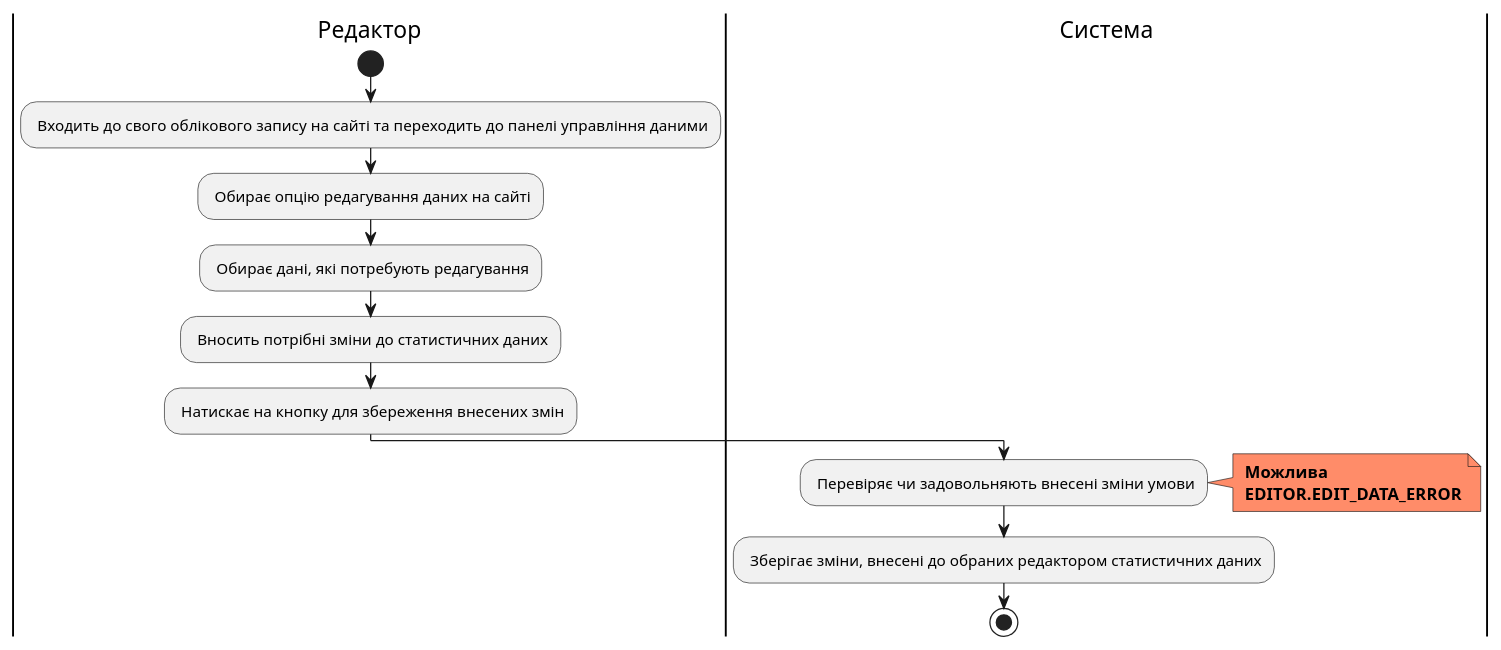
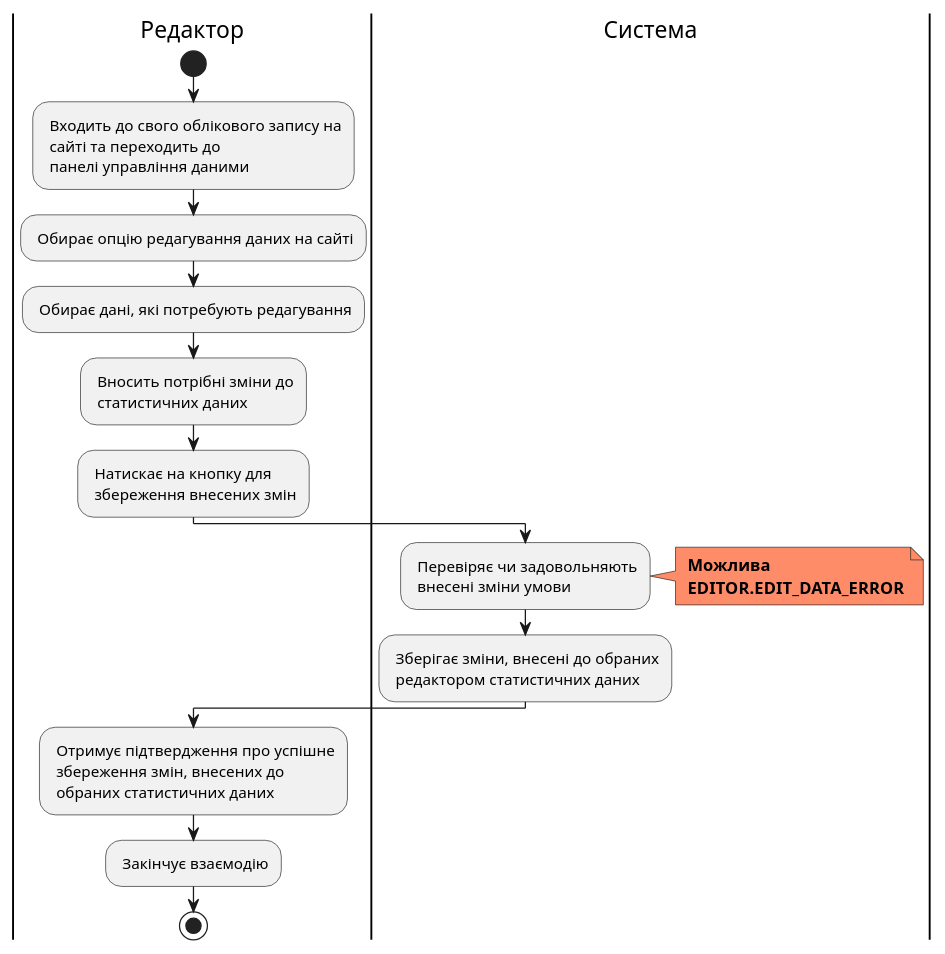
One commit to edu-db/edu_db_labs changed diagram 14 of 19 in docs/use cases/README.md. Above: the diagram before and after it, drawn with PlantUML. The commit also changed other lines of this file, not shown here.

```diff
--- a/docs/use cases/README.md
+++ b/docs/use cases/README.md
@@ -973,22 +1011,26 @@
 @startuml
 
 |Редактор|
 start;
-: Входить до свого облікового запису на сайті та переходить до панелі управління даними;
+: Входить до свого облікового запису на\n сайті та переходить до\n панелі управління даними;
 : Обирає опцію редагування даних на сайті;
 : Обирає дані, які потребують редагування;
-: Вносить потрібні зміни до статистичних даних;
-: Натискає на кнопку для збереження внесених змін;
+: Вносить потрібні зміни до\n статистичних даних;
+: Натискає на кнопку для\n збереження внесених змін;
 
 |Система|
-: Перевіряє чи задовольняють внесені зміни умови;
+: Перевіряє чи задовольняють\n внесені зміни умови;
 
 note right #ff8c69
 <b> Можлива
 <b> EDITOR.EDIT_DATA_ERROR
 end note
 
-: Зберігає зміни, внесені до обраних редактором статистичних даних;
+: Зберігає зміни, внесені до обраних\n редактором статистичних даних;
+
+|Редактор|
+: Отримує підтвердження про успішне\n збереження змін, внесених до\n обраних статистичних даних;
+: Закінчує взаємодію;
   stop;
 
 @enduml
```
